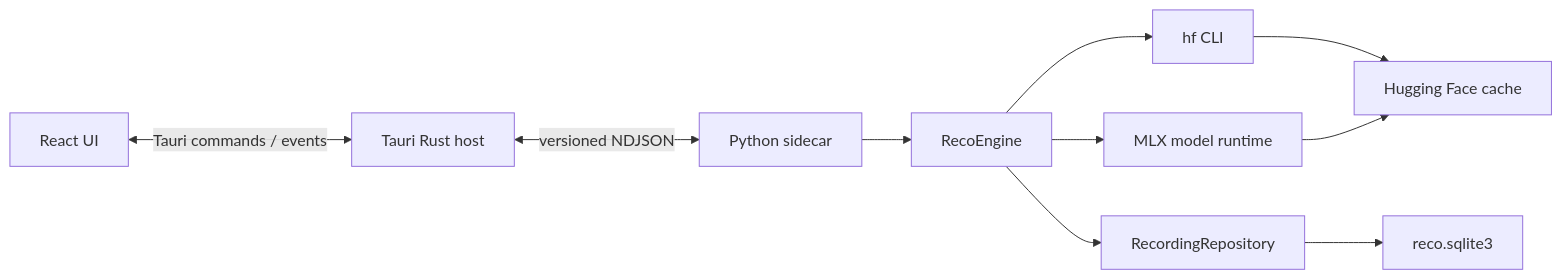
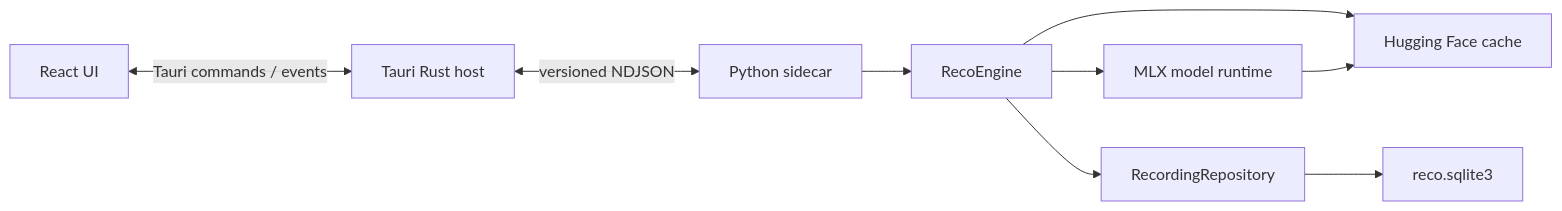
Before and after one commit to ph0ryn/RecoGUI: the diagram in docs/application-design.md, drawn with Mermaid. The commit also changed other lines of this file and 10 other files, not shown here.

````diff
--- a/docs/application-design.md
+++ b/docs/application-design.md
@@ -10,22 +10,20 @@
 ```mermaid
 flowchart LR
   UI["React UI"]
   Host["Tauri Rust host"]
   Sidecar["Python sidecar"]
   Engine["RecoEngine"]
   Runtime["MLX model runtime"]
-  HFCLI["hf CLI"]
   HFCache["Hugging Face cache"]
   Repository["RecordingRepository"]
   Database["reco.sqlite3"]
 
   UI <-->|"Tauri commands / events"| Host
   Host <-->|"versioned NDJSON"| Sidecar
   Sidecar --> Engine
   Engine --> Runtime
-  Engine --> HFCLI
-  HFCLI --> HFCache
+  Engine --> HFCache
   Runtime --> HFCache
   Engine --> Repository
   Repository --> Database
 ```
````
